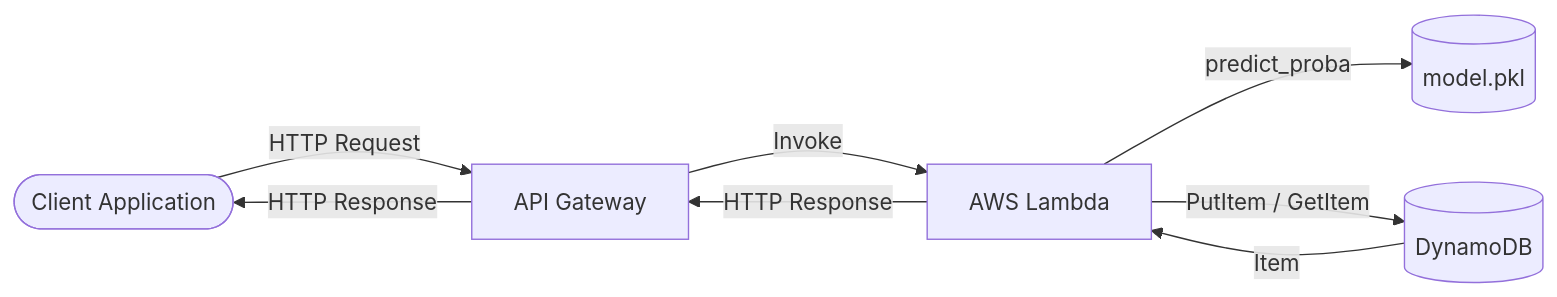
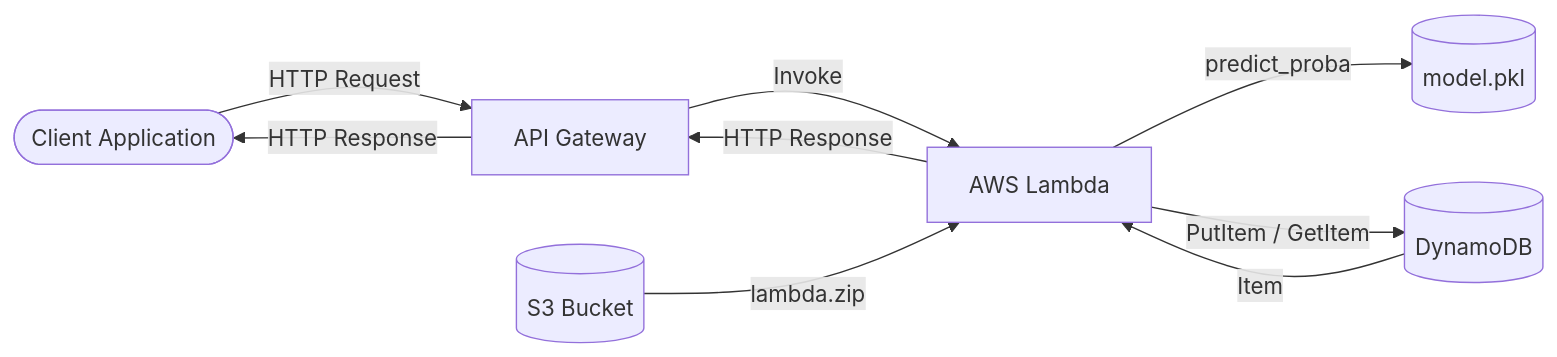
One commit to sophie-pyxis/mlops_engineer_test_01 changed the first of 3 diagrams in README.md. Above: the diagram before and after it, drawn with Mermaid. The commit also changed other lines of this file and 2 other files, not shown here.

Commit message:
fix(infra): migra deploy Lambda para S3 para contornar limite de 70MB no upload direto

````diff
--- a/README.md
+++ b/README.md
@@ -9,16 +9,18 @@
 ```mermaid
 flowchart LR
     Client([Client Application])
     APIGW[API Gateway]
     Lambda[AWS Lambda]
     Model[(model.pkl)]
     Dynamo[(DynamoDB)]
+    S3[(S3 Bucket)]
 
     Client -->|HTTP Request| APIGW
     APIGW -->|Invoke| Lambda
     Lambda -->|predict_proba| Model
     Lambda -->|PutItem / GetItem| Dynamo
     Dynamo -->|Item| Lambda
     Lambda -->|HTTP Response| APIGW
     APIGW -->|HTTP Response| Client
+    S3 -->|lambda.zip| Lambda
 ```
````
